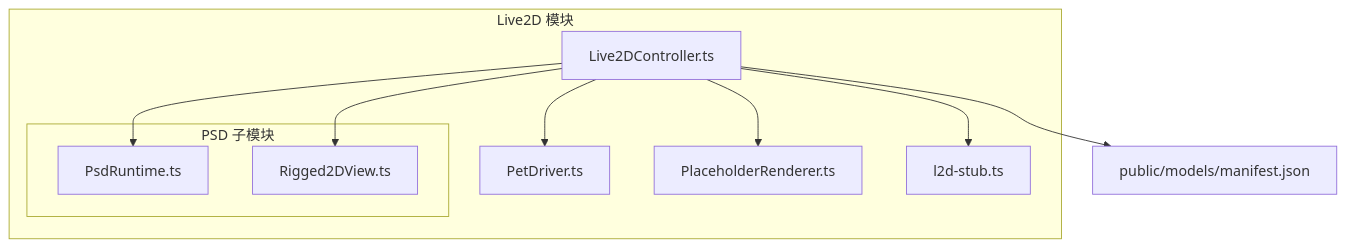
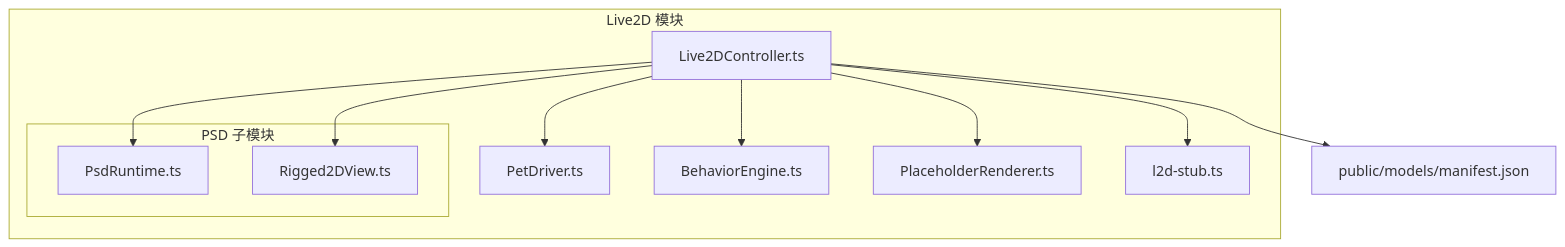
One commit to Wumiu/Petra changed the first of 8 diagrams in .qoder/repowiki/zh/content/Live2D渲染系统/Live2D控制器.md. Above: the diagram before and after it, drawn with Mermaid. The commit also changed other lines of this file and 45 other files, not shown here.

````diff
--- a/.qoder/repowiki/zh/content/Live2D渲染系统/Live2D控制器.md
+++ b/.qoder/repowiki/zh/content/Live2D渲染系统/Live2D控制器.md
@@ -32,20 +42,22 @@
 ```mermaid
 graph TB
 subgraph "Live2D 模块"
 C["Live2DController.ts"]
 D["PetDriver.ts"]
+B["BehaviorEngine.ts"]
 P["PlaceholderRenderer.ts"]
 S["l2d-stub.ts"]
 subgraph "PSD 子模块"
 R["PsdRuntime.ts"]
 V["Rigged2DView.ts"]
 end
 end
 M["public/models/manifest.json"]
 C --> D
+C --> B
 C --> P
 C --> S
 C --> R
 C --> V
 C --> M
 ```
````
